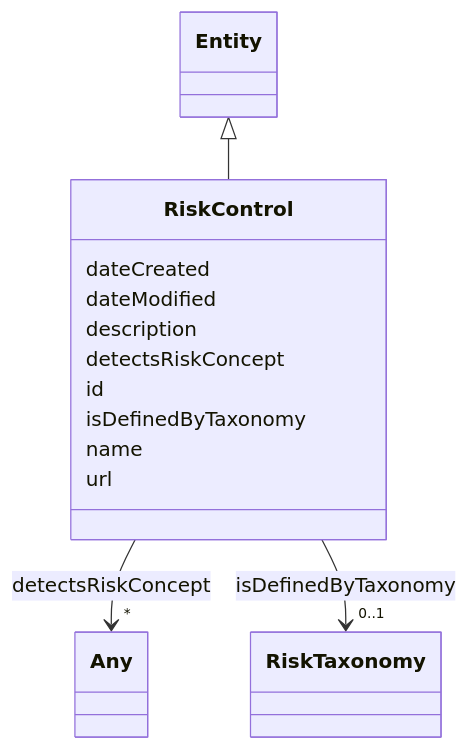
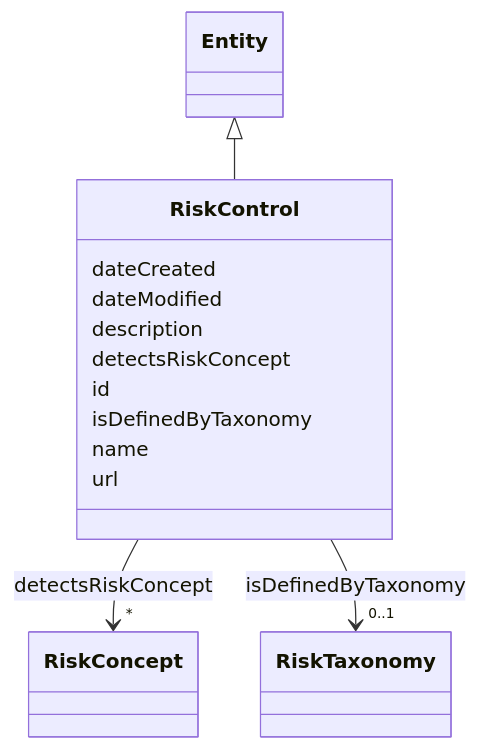
One commit to zrlfba/risk-atlas-nexus changed the diagram in docs/ontology/RiskControl.md. Above: the diagram before and after it, drawn with Mermaid. The commit also changed other lines of this file and 60 other files, not shown here.

````diff
--- a/docs/ontology/RiskControl.md
+++ b/docs/ontology/RiskControl.md
@@ -19,39 +19,39 @@
 ```mermaid
  classDiagram
     class RiskControl
     click RiskControl href "../RiskControl"
       Entity <|-- RiskControl
         click Entity href "../Entity"
       
       RiskControl : dateCreated
         
       RiskControl : dateModified
         
       RiskControl : description
         
       RiskControl : detectsRiskConcept
         
           
     
     
-    RiskControl --> "*" Any : detectsRiskConcept
-    click Any href "../Any"
+    RiskControl --> "*" RiskConcept : detectsRiskConcept
+    click RiskConcept href "../RiskConcept"
 
         
       RiskControl : id
         
       RiskControl : isDefinedByTaxonomy
         
           
     
     
     RiskControl --> "0..1" RiskTaxonomy : isDefinedByTaxonomy
     click RiskTaxonomy href "../RiskTaxonomy"
 
         
       RiskControl : name
         
       RiskControl : url
         
       
 ```
````
